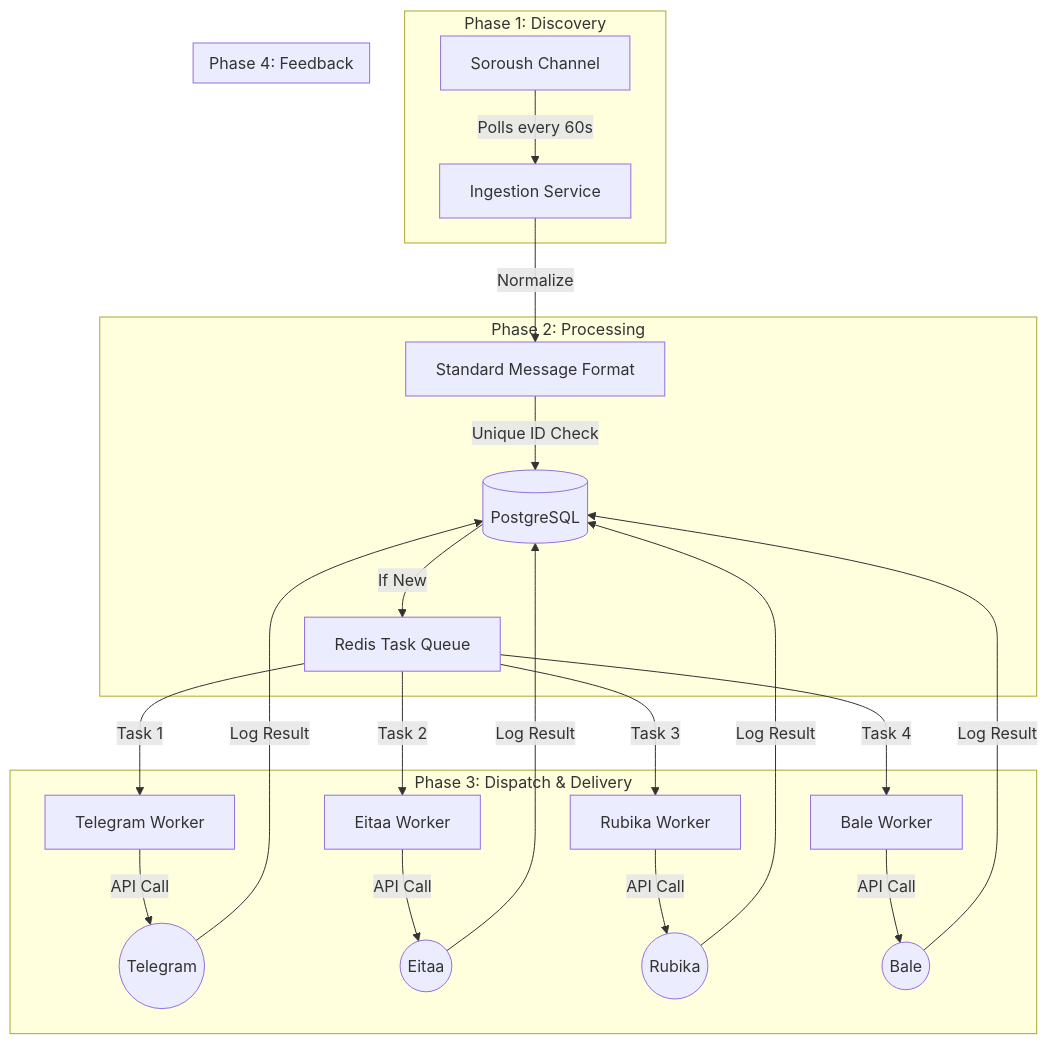
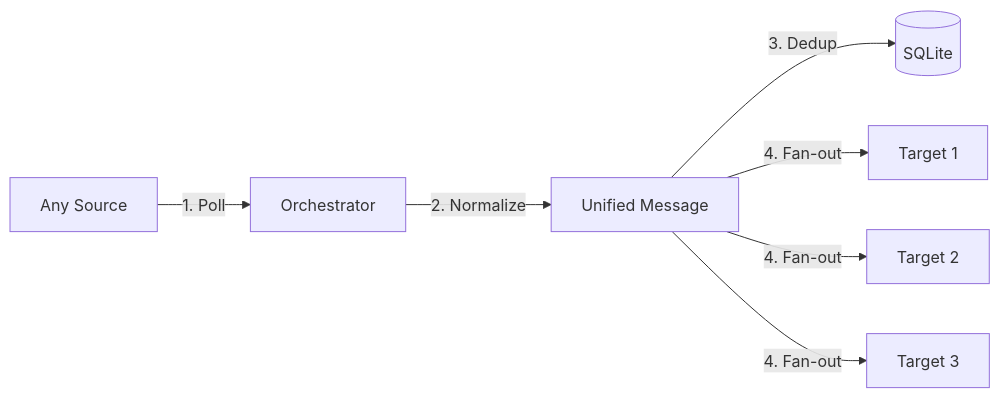
One commit to miladnasiri2479/robot-sender changed the diagram in README.md. Above: the diagram before and after it, drawn with Mermaid. The commit also changed other lines of this file and 16 other files, not shown here.

Commit message:
Complete redesign: Universal asyncio-based message synchronizer with SQLite and modular adapters

````diff
--- a/README.md
+++ b/README.md
@@ -10,28 +9,9 @@
 ```mermaid
-graph TD
-    subgraph "Phase 1: Discovery"
-        S[Soroush Channel] -->|Polls every 60s| Ingest[Ingestion Service]
-    end
-
-    subgraph "Phase 2: Processing"
-        Ingest -->|Normalize| Norm[Standard Message Format]
-        Norm -->|Unique ID Check| DB[(PostgreSQL)]
-        DB -->|If New| Queue[Redis Task Queue]
-    end
-
-    subgraph "Phase 3: Dispatch & Delivery"
-        Queue -->|Task 1| TW[Telegram Worker]
-        Queue -->|Task 2| EW[Eitaa Worker]
-        Queue -->|Task 3| RW[Rubika Worker]
-        Queue -->|Task 4| BW[Bale Worker]
-        
-        TW -->|API Call| TG((Telegram))
-        EW -->|API Call| ET((Eitaa))
-        RW -->|API Call| RB((Rubika))
-        BW -->|API Call| BL((Bale))
-    end
-
-    subgraph "Phase 4: Feedback"
-        TG & ET & RB & BL -->|Log Result| DB
-    end
+graph LR
+    Source[Any Source] -->|1. Poll| Orch[Orchestrator]
+    Orch -->|2. Normalize| Msg[Unified Message]
+    Msg -->|3. Dedup| DB[(SQLite)]
+    Msg -->|4. Fan-out| T1[Target 1]
+    Msg -->|4. Fan-out| T2[Target 2]
+    Msg -->|4. Fan-out| T3[Target 3]
 ```
````
